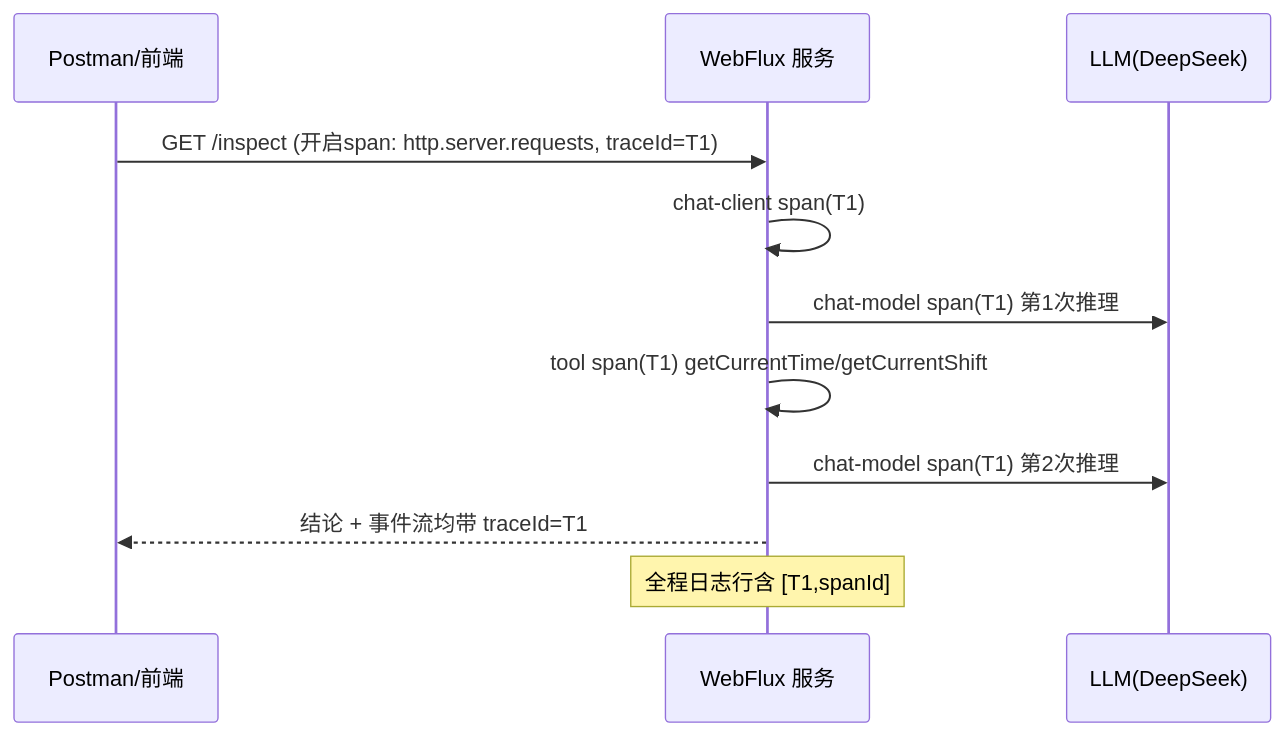
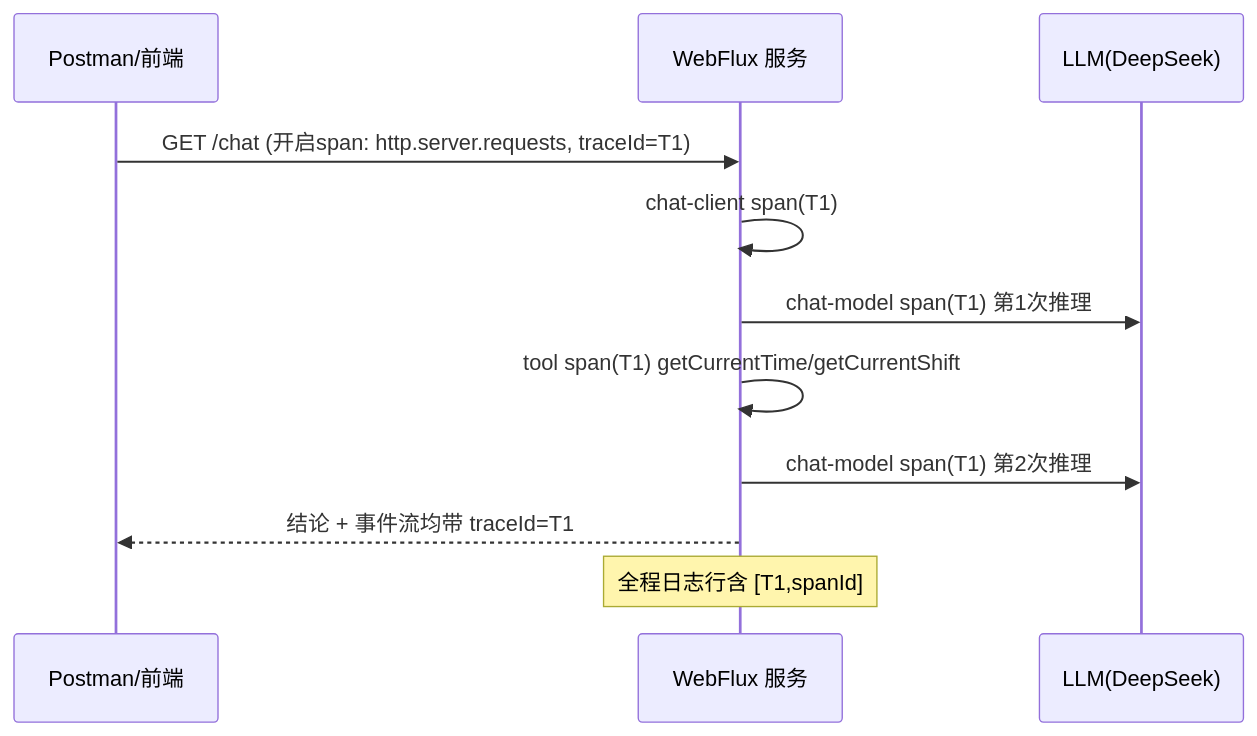
Before and after one commit to UranusGit/java-agent-learn: the second of 2 diagrams in docs/教程/05-Observation可观测/06-Trace链路：traceId贯穿HTTP、LLM、工具与日志.md, drawn with Mermaid. The commit also changed other lines of this file and 12 other files, not shown here.

````diff
--- a/docs/教程/05-Observation可观测/06-Trace链路：traceId贯穿HTTP、LLM、工具与日志.md
+++ b/docs/教程/05-Observation可观测/06-Trace链路：traceId贯穿HTTP、LLM、工具与日志.md
@@ -200,13 +201,13 @@
 ```mermaid
 sequenceDiagram
     participant C as Postman/前端
     participant S as WebFlux 服务
     participant L as LLM(DeepSeek)
-    C->>S: GET /inspect (开启span: http.server.requests, traceId=T1)
+    C->>S: GET /chat (开启span: http.server.requests, traceId=T1)
     S->>S: chat-client span(T1)
     S->>L: chat-model span(T1) 第1次推理
     S->>S: tool span(T1) getCurrentTime/getCurrentShift
     S->>L: chat-model span(T1) 第2次推理
     S-->>C: 结论 + 事件流均带 traceId=T1
     Note over S: 全程日志行含 [T1,spanId]
 ```
````
